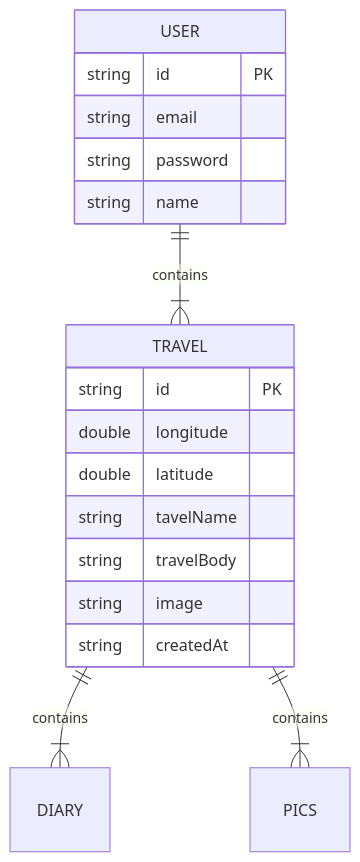
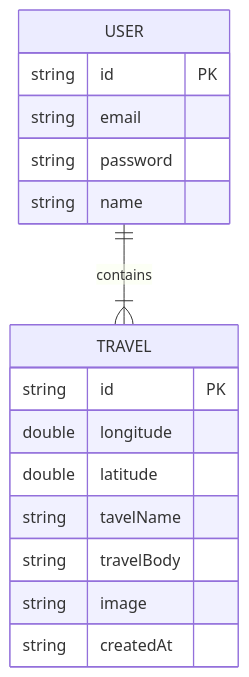
Before and after one commit to KMUlee/nestjs-intertravel: the diagram in README.md, drawn with Mermaid.

````diff
--- a/README.md
+++ b/README.md
@@ -14,25 +14,22 @@
 ```mermaid
 erDiagram
     USER ||--|{ TRAVEL : contains
-    TRAVEL || -- |{ DIARY : contains
-    TRAVEL || -- |{ PICS : contains
-
 
     USER {
       string id PK
       string email
       string password
       string name
     }
 
 
     TRAVEL {
       string id PK
       double longitude
       double latitude
       string tavelName
       string travelBody
       string image
       string createdAt
     }
 ```
````
